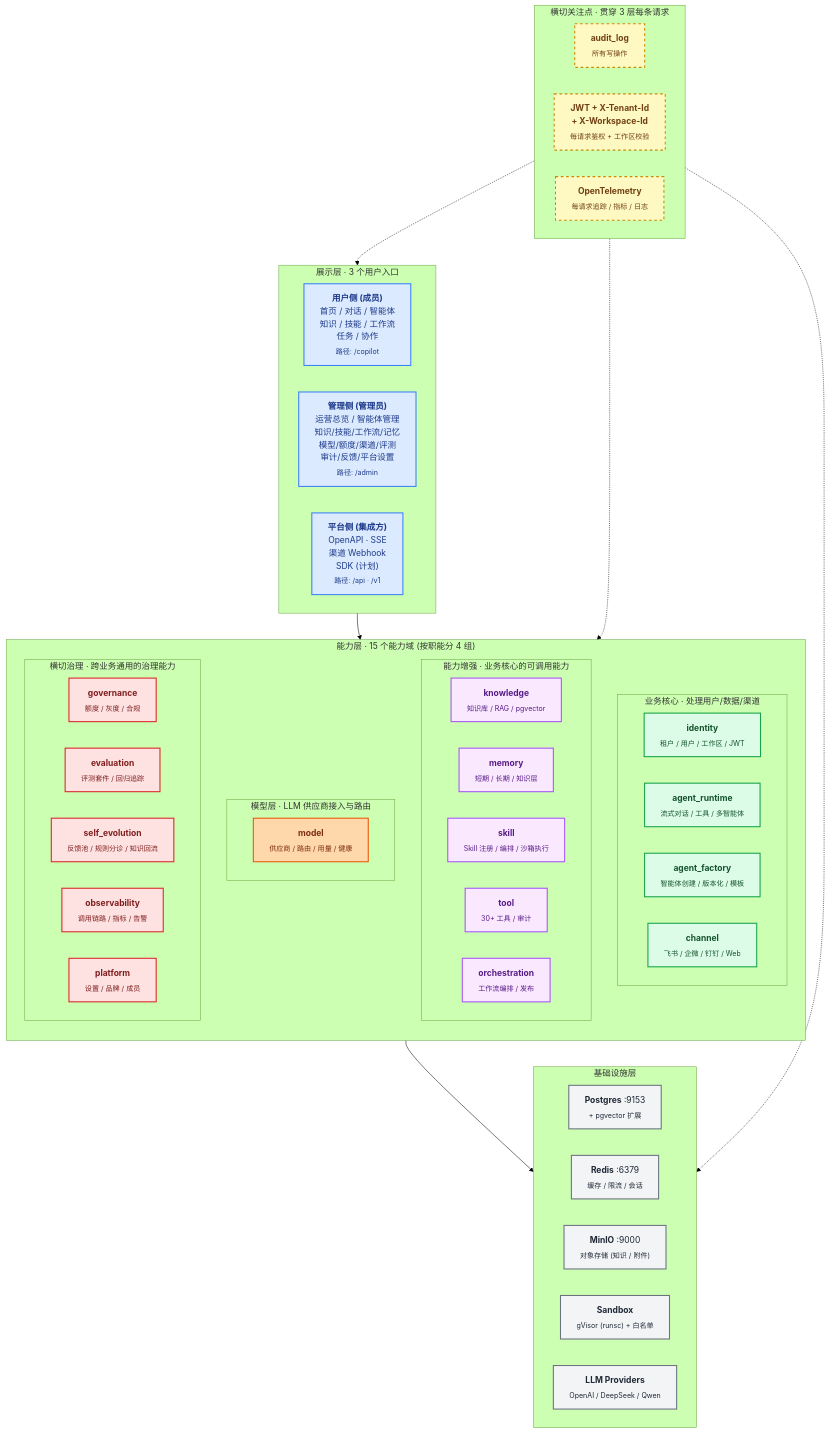
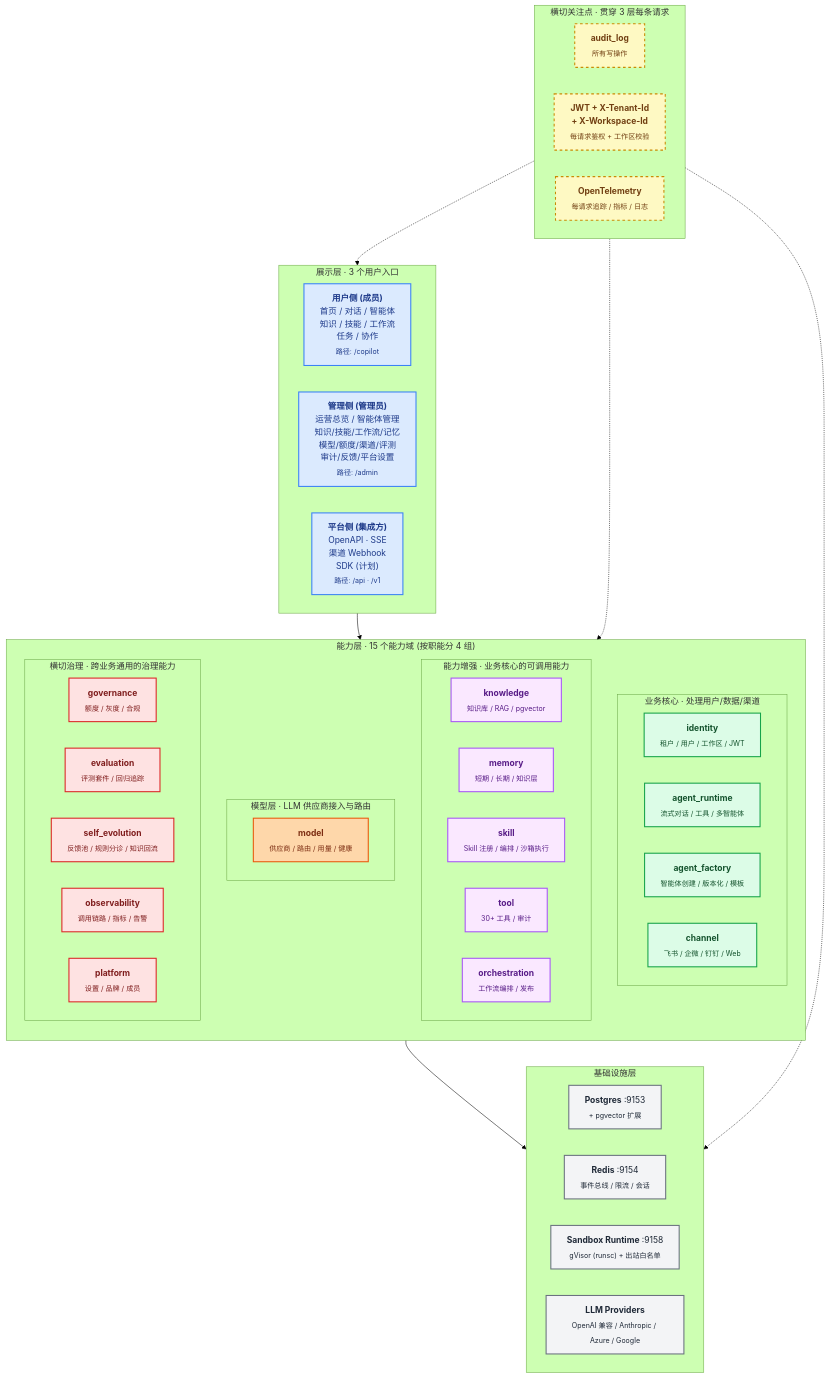
One commit to Lianjifu/QiZhiDaAgentPlatform changed the second of 4 diagrams in README.md. Above: the diagram before and after it, drawn with Mermaid (forest theme). The commit also changed other lines of this file, not shown here.

````diff
--- a/README.md
+++ b/README.md
@@ -191,69 +218,68 @@
 ```mermaid
 graph TB
     classDef sideBox fill:#dbeafe,stroke:#3b82f6,stroke-width:2px,color:#1e3a8a
     classDef bizBox fill:#dcfce7,stroke:#16a34a,stroke-width:2px,color:#14532d
     classDef capBox fill:#fae8ff,stroke:#a855f7,stroke-width:2px,color:#581c87
     classDef mdlBox fill:#fed7aa,stroke:#ea580c,stroke-width:2px,color:#7c2d12
     classDef govBox fill:#fee2e2,stroke:#dc2626,stroke-width:2px,color:#7f1d1d
     classDef infraBox fill:#f3f4f6,stroke:#6b7280,stroke-width:2px,color:#1f2937
     classDef crossBox fill:#fef9c3,stroke:#ca8a04,stroke-width:2px,color:#713f12,stroke-dasharray: 5 5
 
     subgraph L1["展示层 · 3 个用户入口"]
         direction LR
         U["<b>用户侧 (成员)</b><br/>首页 / 对话 / 智能体<br/>知识 / 技能 / 工作流<br/>任务 / 协作<br/><sub>路径: /copilot</sub>"]:::sideBox
         A["<b>管理侧 (管理员)</b><br/>运营总览 / 智能体管理<br/>知识/技能/工作流/记忆<br/>模型/额度/渠道/评测<br/>审计/反馈/平台设置<br/><sub>路径: /admin</sub>"]:::sideBox
         P["<b>平台侧 (集成方)</b><br/>OpenAPI · SSE<br/>渠道 Webhook<br/>SDK (计划)<br/><sub>路径: /api · /v1</sub>"]:::sideBox
     end
 
     subgraph L2["能力层 · 15 个能力域 (按职能分 4 组)"]
         direction TB
         subgraph BIZ["业务核心 · 处理用户/数据/渠道"]
             direction LR
             M1["<b>identity</b><br/><sub>租户 / 用户 / 工作区 / JWT</sub>"]:::bizBox
             M2["<b>agent_runtime</b><br/><sub>流式对话 / 工具 / 多智能体</sub>"]:::bizBox
             M3["<b>agent_factory</b><br/><sub>智能体创建 / 版本化 / 模板</sub>"]:::bizBox
             M4["<b>channel</b><br/><sub>飞书 / 企微 / 钉钉 / Web</sub>"]:::bizBox
         end
         subgraph CAP["能力增强 · 业务核心的可调用能力"]
             direction LR
             M5["<b>knowledge</b><br/><sub>知识库 / RAG / pgvector</sub>"]:::capBox
             M6["<b>memory</b><br/><sub>短期 / 长期 / 知识层</sub>"]:::capBox
             M7["<b>skill</b><br/><sub>Skill 注册 / 编排 / 沙箱执行</sub>"]:::capBox
             M8["<b>tool</b><br/><sub>30+ 工具 / 审计</sub>"]:::capBox
             M9["<b>orchestration</b><br/><sub>工作流编排 / 发布</sub>"]:::capBox
         end
         subgraph MDL["模型层 · LLM 供应商接入与路由"]
             M10["<b>model</b><br/><sub>供应商 / 路由 / 用量 / 健康</sub>"]:::mdlBox
         end
         subgraph GOV["横切治理 · 跨业务通用的治理能力"]
             direction LR
             M11["<b>governance</b><br/><sub>额度 / 灰度 / 合规</sub>"]:::govBox
             M12["<b>evaluation</b><br/><sub>评测套件 / 回归追踪</sub>"]:::govBox
             M13["<b>self_evolution</b><br/><sub>反馈池 / 规则分诊 / 知识回流</sub>"]:::govBox
             M14["<b>observability</b><br/><sub>调用链路 / 指标 / 告警</sub>"]:::govBox
             M15["<b>platform</b><br/><sub>设置 / 品牌 / 成员</sub>"]:::govBox
         end
     end
 
     subgraph L3["基础设施层"]
         direction LR
         I1["<b>Postgres</b> :9153<br/><sub>+ pgvector 扩展</sub>"]:::infraBox
-        I2["<b>Redis</b> :6379<br/><sub>缓存 / 限流 / 会话</sub>"]:::infraBox
-        I3["<b>MinIO</b> :9000<br/><sub>对象存储 (知识 / 附件)</sub>"]:::infraBox
-        I4["<b>Sandbox</b><br/><sub>gVisor (runsc) + 白名单</sub>"]:::infraBox
-        I5["<b>LLM Providers</b><br/><sub>OpenAI / DeepSeek / Qwen</sub>"]:::infraBox
+        I2["<b>Redis</b> :9154<br/><sub>事件总线 / 限流 / 会话</sub>"]:::infraBox
+        I3["<b>Sandbox Runtime</b> :9158<br/><sub>gVisor (runsc) + 出站白名单</sub>"]:::infraBox
+        I4["<b>LLM Providers</b><br/><sub>OpenAI 兼容 / Anthropic / Azure / Google</sub>"]:::infraBox
     end
 
     subgraph CROSS["横切关注点 · 贯穿 3 层每条请求"]
         direction LR
         AUDIT["<b>audit_log</b><br/><sub>所有写操作</sub>"]:::crossBox
         AUTH["<b>JWT + X-Tenant-Id<br/>+ X-Workspace-Id</b><br/><sub>每请求鉴权 + 工作区校验</sub>"]:::crossBox
         OBS["<b>OpenTelemetry</b><br/><sub>每请求追踪 / 指标 / 日志</sub>"]:::crossBox
     end
 
     L1 --> L2
     L2 --> L3
     CROSS -.-> L1
     CROSS -.-> L2
     CROSS -.-> L3
 ```
````
